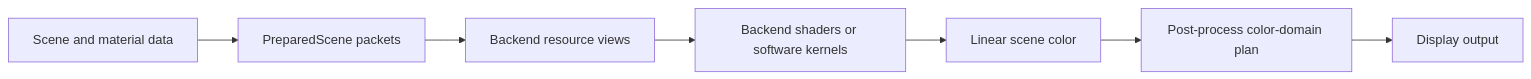
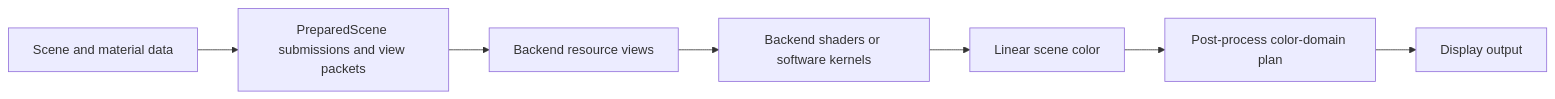
Before and after one commit to Kunelinmc/IgnisRenderer: the second of 2 diagrams in docs/architecture/rendering.md, drawn with Mermaid. The commit also changed other lines of this file and 61 other files, not shown here.

Commit message:
refactor(pipeline): decouple shadow submissions from view packets

````diff
--- a/docs/architecture/rendering.md
+++ b/docs/architecture/rendering.md
@@ -48,9 +48,9 @@
 ```mermaid
 flowchart LR
-	M["Scene and material data"] --> P["PreparedScene packets"]
+	M["Scene and material data"] --> P["PreparedScene submissions and view packets"]
 	P --> B["Backend resource views"]
 	B --> S["Backend shaders or software kernels"]
 	S --> C["Linear scene color"]
 	C --> PP["Post-process color-domain plan"]
 	PP --> O["Display output"]
 ```
````
